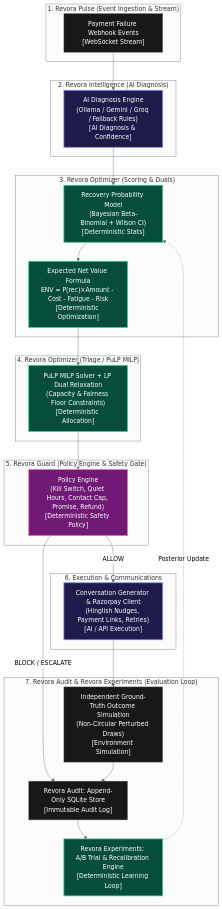
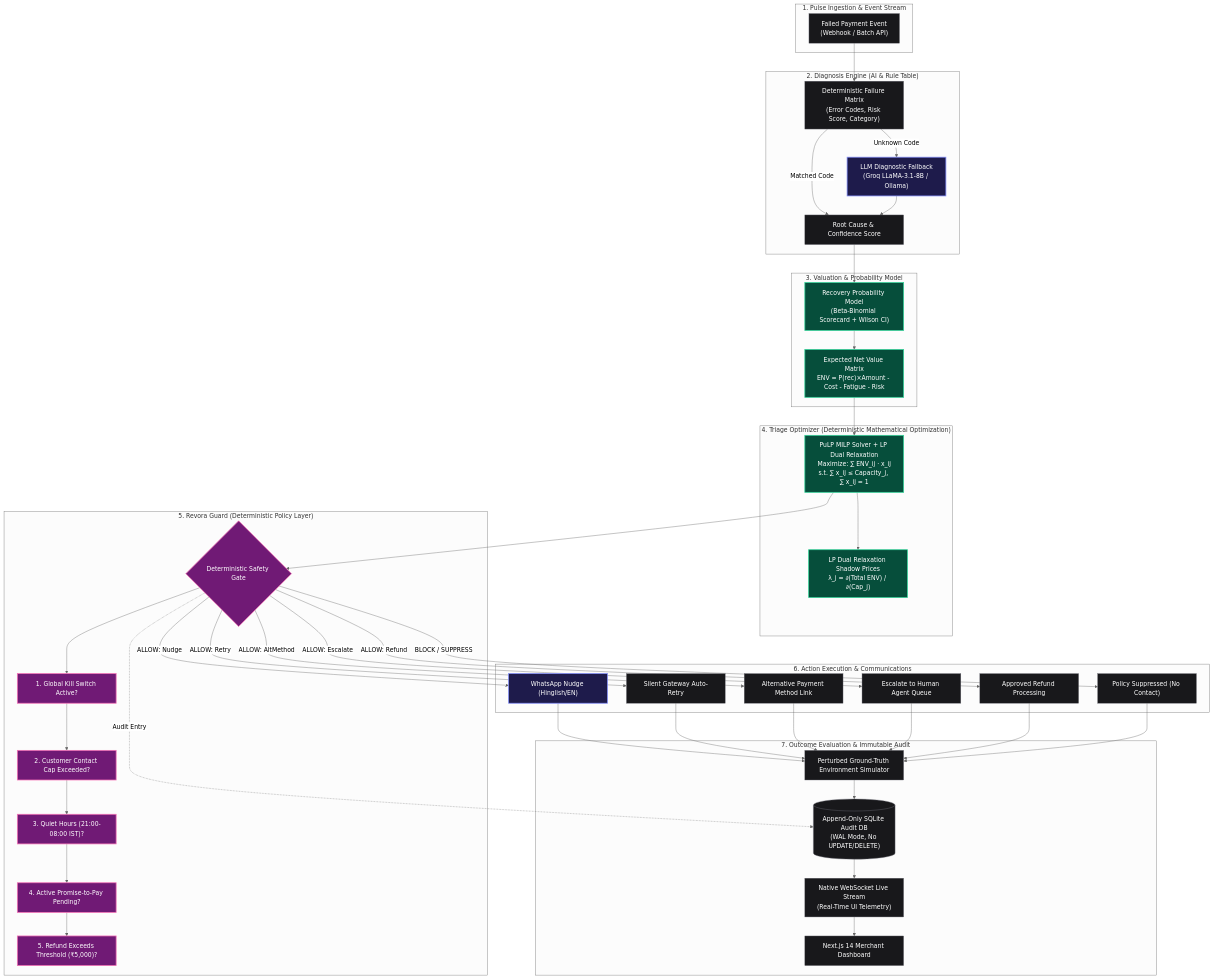
One commit to tanishkaarora/Revora changed the diagram in README.md. Above: the diagram before and after it, drawn with Mermaid (neutral theme). The commit also changed other lines of this file, not shown here.

````diff
--- a/README.md
+++ b/README.md
@@ -10,55 +99,92 @@
 ```mermaid
 flowchart TD
-    subgraph Pulse["1. Revora Pulse (Event Ingestion & Stream)"]
-        PE["Payment Failure Webhook Events\n[WebSocket Stream]"]
+    subgraph Ingestion["1. Pulse Ingestion & Event Stream"]
+        PE["Failed Payment Event\n(Webhook / Batch API)"]
     end
 
-    subgraph Intelligence["2. Revora Intelligence (AI Diagnosis)"]
-        Diag["AI Diagnosis Engine\n(Ollama / Gemini / Groq / Fallback Rules)\n[AI Diagnosis & Confidence]"]
+    subgraph Intelligence["2. Diagnosis Engine (AI & Rule Table)"]
+        RuleDiag["Deterministic Failure Matrix\n(Error Codes, Risk Score, Category)"]
+        LLMDiag["LLM Diagnostic Fallback\n(Groq LLaMA-3.1-8B / Ollama)"]
+        DiagOut["Root Cause & Confidence Score"]
     end
 
-    subgraph Scoring["3. Revora Optimizer (Scoring & Duals)"]
-        ProbModel["Recovery Probability Model\n(Bayesian Beta-Binomial + Wilson CI)\n[Deterministic Stats]"]
-        ENV["Expected Net Value Formula\nENV = P(rec)×Amount - Cost - Fatigue - Risk\n[Deterministic Optimization]"]
+    subgraph Scoring["3. Valuation & Probability Model"]
+        ProbModel["Recovery Probability Model\n(Beta-Binomial Scorecard + Wilson CI)"]
+        ENVCalc["Expected Net Value Matrix\nENV = P(rec)×Amount - Cost - Fatigue - Risk"]
     end
 
-    subgraph Optimizer["4. Revora Optimizer (Triage / PuLP MILP)"]
-        MILP["PuLP MILP Solver + LP Dual Relaxation\n(Capacity & Fairness Floor Constraints)\n[Deterministic Allocation]"]
+    subgraph Triage["4. Triage Optimizer (Deterministic Mathematical Optimization)"]
+        MILP["PuLP MILP Solver + LP Dual Relaxation\nMaximize: ∑ ENV_ij · x_ij\ns.t. ∑ x_ij ≤ Capacity_j, ∑ x_ij = 1"]
+        ShadowPrice["LP Dual Relaxation Shadow Prices\nλ_j = ∂(Total ENV) / ∂(Cap_j)"]
     end
 
-    subgraph Guard["5. Revora Guard (Policy Engine & Safety Gate)"]
-        PolicyEngine["Policy Engine\n(Kill Switch, Quiet Hours, Contact Cap, Promise, Refund)\n[Deterministic Safety Policy]"]
+    subgraph SafetyGate["5. Revora Guard (Deterministic Policy Layer)"]
+        PolicyEngine{"Deterministic Safety Gate"}
+        R1["1. Global Kill Switch Active?"]
+        R2["2. Customer Contact Cap Exceeded?"]
+        R3["3. Quiet Hours (21:00-08:00 IST)?"]
+        R4["4. Active Promise-to-Pay Pending?"]
+        R5["5. Refund Exceeds Threshold (₹5,000)?"]
     end
 
-    subgraph Execution["6. Execution & Communications"]
-        Outreach["Conversation Generator & Razorpay Client\n(Hinglish Nudges, Payment Links, Retries)\n[AI / API Execution]"]
+    subgraph Execution["6. Action Execution & Communications"]
+        WhatsApp["WhatsApp Nudge (Hinglish/EN)"]
+        SilentRetry["Silent Gateway Auto-Retry"]
+        AltMethod["Alternative Payment Method Link"]
+        HumanQueue["Escalate to Human Agent Queue"]
+        AutoRefund["Approved Refund Processing"]
+        Suppression["Policy Suppressed (No Contact)"]
     end
 
-    subgraph AuditExp["7. Revora Audit & Revora Experiments (Evaluation Loop)"]
-        GroundTruth["Independent Ground-Truth Outcome Simulation\n(Non-Circular Perturbed Draws)\n[Environment Simulation]"]
-        AuditStore["Revora Audit: Append-Only SQLite Store\n[Immutable Audit Log]"]
-        Recalib["Revora Experiments: A/B Trial & Recalibration Engine\n[Deterministic Learning Loop]"]
+    subgraph Evaluation["7. Outcome Evaluation & Immutable Audit"]
+        SimEngine["Perturbed Ground-Truth Environment Simulator"]
+        AuditDB[("Append-Only SQLite Audit DB\n(WAL Mode, No UPDATE/DELETE)")]
+        WebSocket["Native WebSocket Live Stream\n(Real-Time UI Telemetry)"]
+        Dashboard["Next.js 14 Merchant Dashboard"]
     end
 
-    PE --> Diag
-    Diag --> ProbModel
-    ProbModel --> ENV
-    ENV --> MILP
+    PE --> RuleDiag
+    RuleDiag -->|Unknown Code| LLMDiag
+    RuleDiag -->|Matched Code| DiagOut
+    LLMDiag --> DiagOut
+    DiagOut --> ProbModel
+    ProbModel --> ENVCalc
+    ENVCalc --> MILP
+    MILP --> ShadowPrice
     MILP --> PolicyEngine
-    PolicyEngine -->|ALLOW| Outreach
-    PolicyEngine -->|BLOCK / ESCALATE| AuditStore
-    Outreach --> GroundTruth
-    GroundTruth --> AuditStore
-    AuditStore --> Recalib
-    Recalib -.->|Posterior Update| ProbModel
 
-    classDef aiBox fill:#1e1b4b,stroke:#818cf8,stroke-width:2px,color:#fff;
-    classDef optBox fill:#064e3b,stroke:#34d399,stroke-width:2px,color:#fff;
-    classDef polBox fill:#701a75,stroke:#f472b6,stroke-width:2px,color:#fff;
-    classDef dataBox fill:#18181b,stroke:#71717a,stroke-width:1px,color:#fff;
+    PolicyEngine --> R1
+    R1 --> R2
+    R2 --> R3
+    R3 --> R4
+    R4 --> R5
 
-    class Diag,Outreach aiBox;
-    class ProbModel,ENV,MILP,Recalib optBox;
-    class PolicyEngine polBox;
-    class PE,GroundTruth,AuditStore dataBox;
+    PolicyEngine -->|ALLOW: Nudge| WhatsApp
+    PolicyEngine -->|ALLOW: Retry| SilentRetry
+    PolicyEngine -->|ALLOW: AltMethod| AltMethod
+    PolicyEngine -->|ALLOW: Escalate| HumanQueue
+    PolicyEngine -->|ALLOW: Refund| AutoRefund
+    PolicyEngine -->|BLOCK / SUPPRESS| Suppression
+
+    WhatsApp --> SimEngine
+    SilentRetry --> SimEngine
+    AltMethod --> SimEngine
+    HumanQueue --> SimEngine
+    AutoRefund --> SimEngine
+    Suppression --> SimEngine
+
+    SimEngine --> AuditDB
+    PolicyEngine -.->|Audit Entry| AuditDB
+    AuditDB --> WebSocket
+    WebSocket --> Dashboard
+
+    classDef aiStage fill:#1e1b4b,stroke:#818cf8,stroke-width:2px,color:#fff;
+    classDef optStage fill:#064e3b,stroke:#34d399,stroke-width:2px,color:#fff;
+    classDef polStage fill:#701a75,stroke:#f472b6,stroke-width:2px,color:#fff;
+    classDef dataStage fill:#18181b,stroke:#71717a,stroke-width:1px,color:#fff;
+
+    class LLMDiag,WhatsApp aiStage;
+    class ProbModel,ENVCalc,MILP,ShadowPrice optStage;
+    class PolicyEngine,R1,R2,R3,R4,R5 polStage;
+    class PE,RuleDiag,DiagOut,AuditDB,WebSocket,Dashboard,SimEngine,SilentRetry,AltMethod,HumanQueue,AutoRefund,Suppression dataStage;
 ```
````
